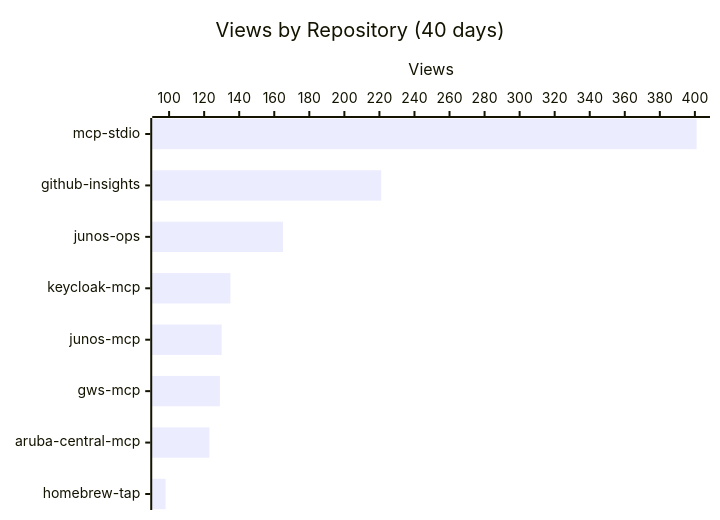
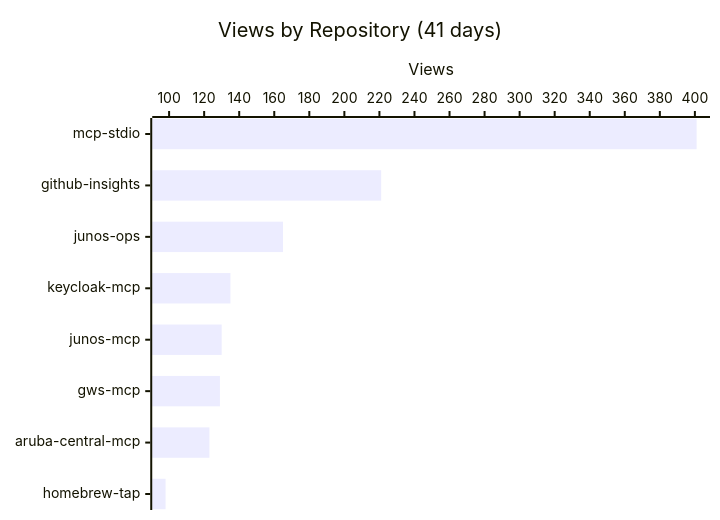
One commit to shigechika/github-insights changed the first of 3 diagrams in README.md. Above: the diagram before and after it, drawn with Mermaid. The commit also changed other lines of this file and 2 other files, not shown here.

````diff
--- a/README.md
+++ b/README.md
@@ -16,7 +16,7 @@
 ```mermaid
 xychart-beta horizontal
-    title "Views by Repository (40 days)"
+    title "Views by Repository (41 days)"
     x-axis ["mcp-stdio", "github-insights", "junos-ops", "keycloak-mcp", "junos-mcp", "gws-mcp", "aruba-central-mcp", "homebrew-tap"]
     y-axis "Views"
     bar [401, 221, 165, 135, 130, 129, 123, 98]
 ```
````
